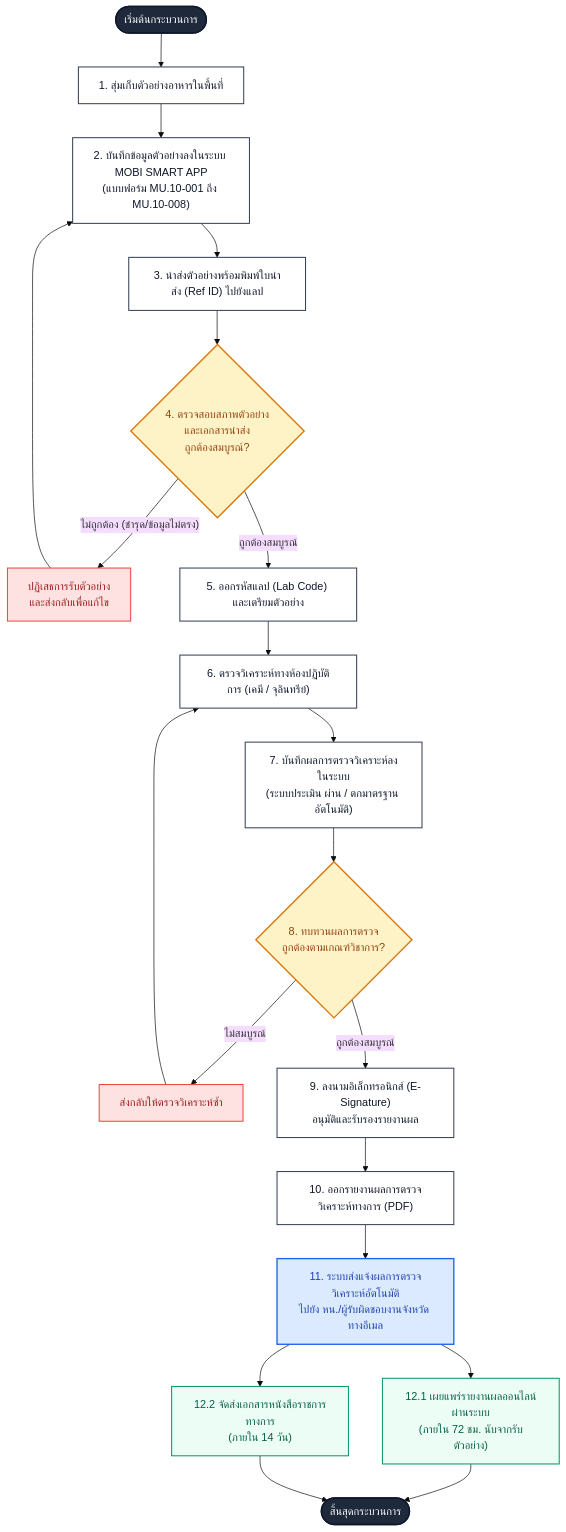
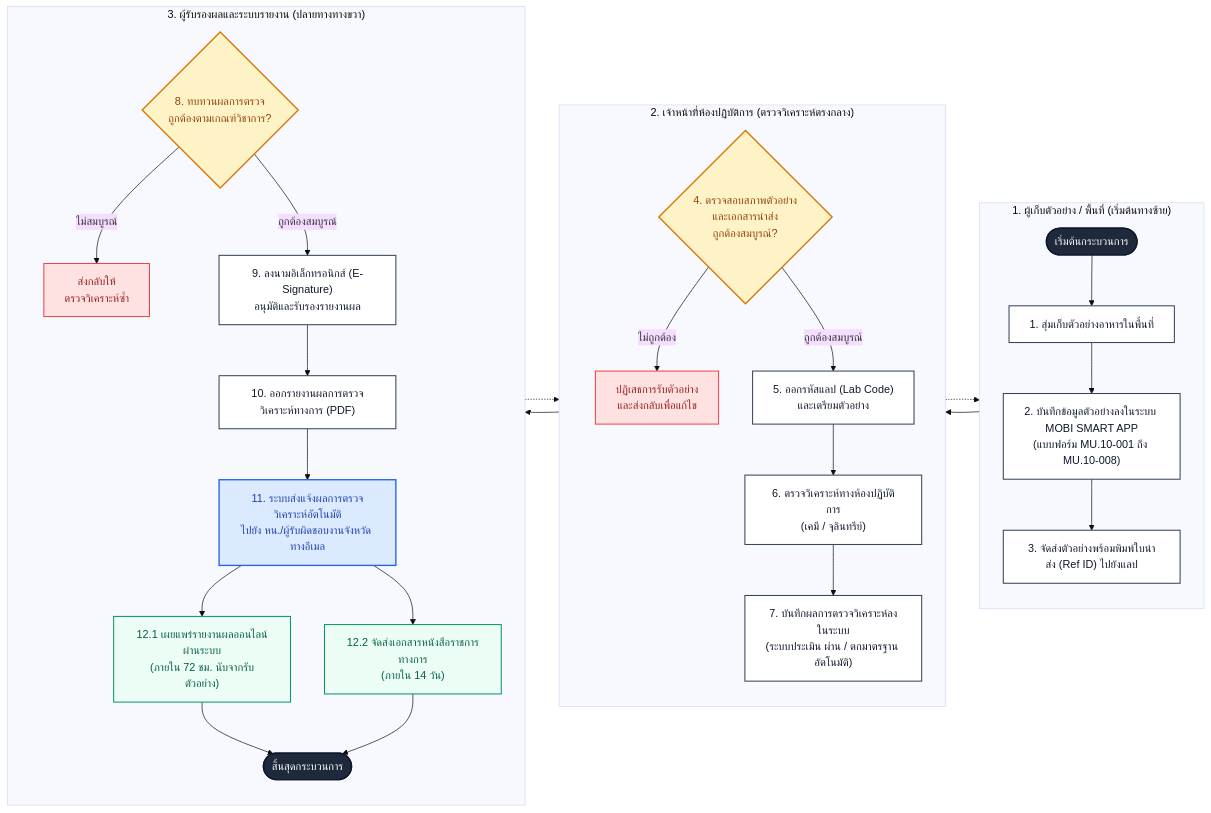
Before and after one commit to anchasa241138-dotcom/MU10EazyAppversion2026: the diagram in SOP_USER_MANUAL_MOBI_SMART_APP.md, drawn with Mermaid (base theme).

Commit message:
docs(sop): place steps 1, 2, 3 in left swimlane column to follow natural reading flow

````diff
--- a/SOP_USER_MANUAL_MOBI_SMART_APP.md
+++ b/SOP_USER_MANUAL_MOBI_SMART_APP.md
@@ -27,41 +27,59 @@
 ```mermaid
-flowchart TD
+flowchart LR
     %% Styling Definition
     classDef term fill:#1e293b,stroke:#0f172a,stroke-width:2px,color:#fff;
     classDef process fill:#ffffff,stroke:#334155,stroke-width:1.5px,color:#0f172a;
     classDef decision fill:#fef3c7,stroke:#d97706,stroke-width:2px,color:#92400e;
     classDef reject fill:#fee2e2,stroke:#ef4444,stroke-width:1.5px,color:#991b1b;
     classDef email fill:#dbeafe,stroke:#2563eb,stroke-width:2px,color:#1e40af;
     classDef output fill:#ecfdf5,stroke:#059669,stroke-width:1.5px,color:#065f46;
 
-    %% Nodes
-    START(["เริ่มต้นกระบวนการ"]):::term --> P1["1. สุ่มเก็บตัวอย่างอาหารในพื้นที่"]:::process
-    P1 --> P2["2. บันทึกข้อมูลตัวอย่างลงในระบบ MOBI SMART APP<br>(แบบฟอร์ม MU.10-001 ถึง MU.10-008)"]:::process
-    P2 --> P3["3. นำส่งตัวอย่างพร้อมพิมพ์ใบนำส่ง (Ref ID) ไปยังแลป"]:::process
-    
-    P3 --> D1{"4. ตรวจสอบสภาพตัวอย่าง<br>และเอกสารนำส่ง<br>ถูกต้องสมบูรณ์?"}:::decision
-    
-    D1 -- "ไม่ถูกต้อง (ชำรุด/ข้อมูลไม่ตรง)" --> R1["ปฏิเสธการรับตัวอย่าง<br>และส่งกลับเพื่อแก้ไข"]:::reject
-    R1 --> P2
-    
-    D1 -- "ถูกต้องสมบูรณ์" --> P4["5. ออกรหัสแลป (Lab Code) และเตรียมตัวอย่าง"]:::process
-    P4 --> P5["6. ตรวจวิเคราะห์ทางห้องปฏิบัติการ (เคมี / จุลินทรีย์)"]:::process
-    P5 --> P6["7. บันทึกผลการตรวจวิเคราะห์ลงในระบบ<br>(ระบบประเมิน ผ่าน / ตกมาตรฐาน อัตโนมัติ)"]:::process
-    
-    P6 --> D2{"8. ทบทวนผลการตรวจ<br>ถูกต้องตามเกณฑ์วิชาการ?"}:::decision
-    
-    D2 -- "ไม่สมบูรณ์" --> R2["ส่งกลับให้ตรวจวิเคราะห์ซ้ำ"]:::reject
-    R2 --> P5
-    
-    D2 -- "ถูกต้องสมบูรณ์" --> P7["9. ลงนามอิเล็กทรอนิกส์ (E-Signature)<br>อนุมัติและรับรองรายงานผล"]:::process
-    
-    P7 --> P8["10. ออกรายงานผลการตรวจวิเคราะห์ทางการ (PDF)"]:::process
-    
-    P8 --> P9["11. ระบบส่งแจ้งผลการตรวจวิเคราะห์อัตโนมัติ<br>ไปยัง หน./ผู้รับผิดชอบงานจังหวัด ทางอีเมล"]:::email
-    
-    P9 --> OUT1["12.1 เผยแพร่รายงานผลออนไลน์ผ่านระบบ<br>(ภายใน 72 ชม. นับจากรับตัวอย่าง)"]:::output
-    P9 --> OUT2["12.2 จัดส่งเอกสารหนังสือราชการทางการ<br>(ภายใน 14 วัน)"]:::output
-    
-    OUT1 --> FINISH(["สิ้นสุดกระบวนการ"]):::term
-    OUT2 --> FINISH
+    %% Lane 1: ซ้ายสุด (ขั้นตอน 1, 2, 3)
+    subgraph LANE1 ["1. ผู้เก็บตัวอย่าง / พื้นที่ (เริ่มต้นทางซ้าย)"]
+        direction TB
+        START(["เริ่มต้นกระบวนการ"]):::term --> P1["1. สุ่มเก็บตัวอย่างอาหารในพื้นที่"]:::process
+        P1 --> P2["2. บันทึกข้อมูลตัวอย่างลงในระบบ MOBI SMART APP<br>(แบบฟอร์ม MU.10-001 ถึง MU.10-008)"]:::process
+        P2 --> P3["3. จัดส่งตัวอย่างพร้อมพิมพ์ใบนำส่ง (Ref ID) ไปยังแลป"]:::process
+    end
+
+    %% Lane 2: ตรงกลาง (ขั้นตอน 4, 5, 6, 7)
+    subgraph LANE2 ["2. เจ้าหน้าที่ห้องปฏิบัติการ (ตรวจวิเคราะห์ตรงกลาง)"]
+        direction TB
+        D1{"4. ตรวจสอบสภาพตัวอย่าง<br>และเอกสารนำส่ง<br>ถูกต้องสมบูรณ์?"}:::decision
+        R1["ปฏิเสธการรับตัวอย่าง<br>และส่งกลับเพื่อแก้ไข"]:::reject
+        P4["5. ออกรหัสแลป (Lab Code)<br>และเตรียมตัวอย่าง"]:::process
+        P5["6. ตรวจวิเคราะห์ทางห้องปฏิบัติการ<br>(เคมี / จุลินทรีย์)"]:::process
+        P6["7. บันทึกผลการตรวจวิเคราะห์ลงในระบบ<br>(ระบบประเมิน ผ่าน / ตกมาตรฐาน อัตโนมัติ)"]:::process
+        
+        D1 -- "ไม่ถูกต้อง" --> R1
+        D1 -- "ถูกต้องสมบูรณ์" --> P4
+        P4 --> P5
+        P5 --> P6
+    end
+
+    %% Lane 3: ขวาสุด (ขั้นตอน 8, 9, 10, 11, 12)
+    subgraph LANE3 ["3. ผู้รับรองผลและระบบรายงาน (ปลายทางทางขวา)"]
+        direction TB
+        D2{"8. ทบทวนผลการตรวจ<br>ถูกต้องตามเกณฑ์วิชาการ?"}:::decision
+        R2["ส่งกลับให้<br>ตรวจวิเคราะห์ซ้ำ"]:::reject
+        P7["9. ลงนามอิเล็กทรอนิกส์ (E-Signature)<br>อนุมัติและรับรองรายงานผล"]:::process
+        P8["10. ออกรายงานผลการตรวจวิเคราะห์ทางการ (PDF)"]:::process
+        P9["11. ระบบส่งแจ้งผลการตรวจวิเคราะห์อัตโนมัติ<br>ไปยัง หน./ผู้รับผิดชอบงานจังหวัด ทางอีเมล"]:::email
+        OUT1["12.1 เผยแพร่รายงานผลออนไลน์ผ่านระบบ<br>(ภายใน 72 ชม. นับจากรับตัวอย่าง)"]:::output
+        OUT2["12.2 จัดส่งเอกสารหนังสือราชการทางการ<br>(ภายใน 14 วัน)"]:::output
+        FINISH(["สิ้นสุดกระบวนการ"]):::term
+
+        D2 -- "ไม่สมบูรณ์" --> R2
+        D2 -- "ถูกต้องสมบูรณ์" --> P7
+        P7 --> P8
+        P8 --> P9
+        P9 --> OUT1 --> FINISH
+        P9 --> OUT2 --> FINISH
+    end
+
+    %% เส้นเชื่อมโยงระหว่างคอลัมน์ (วิ่งจากซ้ายไปขวา)
+    P3 --> D1
+    R1 -.-> P2
+    P6 --> D2
+    R2 -.-> P5
 ```
````
